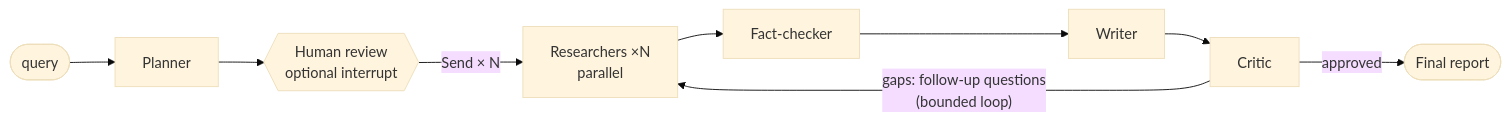
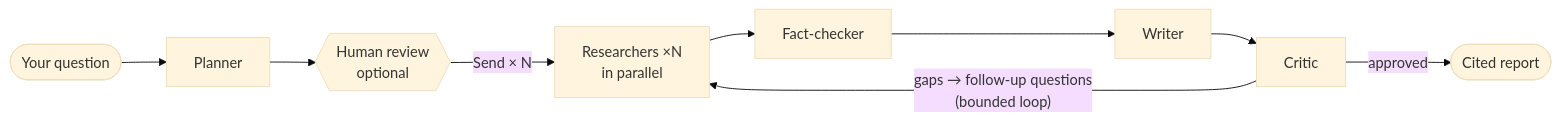
One commit to Arpan-ar7/multiagent-langgraph-research changed the diagram in README.md. Above: the diagram before and after it, drawn with Mermaid (base theme). The commit also changed other lines of this file, not shown here.

````diff
--- a/README.md
+++ b/README.md
@@ -11,11 +35,11 @@
 ```mermaid
 flowchart LR
-    Q([query]) --> P[Planner]
-    P --> H{{Human review<br/>optional interrupt}}
-    H -- "Send × N" --> R[Researchers ×N<br/>parallel]
+    Q([Your question]) --> P[Planner]
+    P --> H{{Human review<br/>optional}}
+    H -- "Send × N" --> R[Researchers ×N<br/>in parallel]
     R --> F[Fact-checker]
     F --> W[Writer]
     W --> C[Critic]
-    C -- "gaps: follow-up questions<br/>(bounded loop)" --> R
-    C -- approved --> Z([Final report])
+    C -- "gaps → follow-up questions<br/>(bounded loop)" --> R
+    C -- approved --> Z([Cited report])
 ```
````
